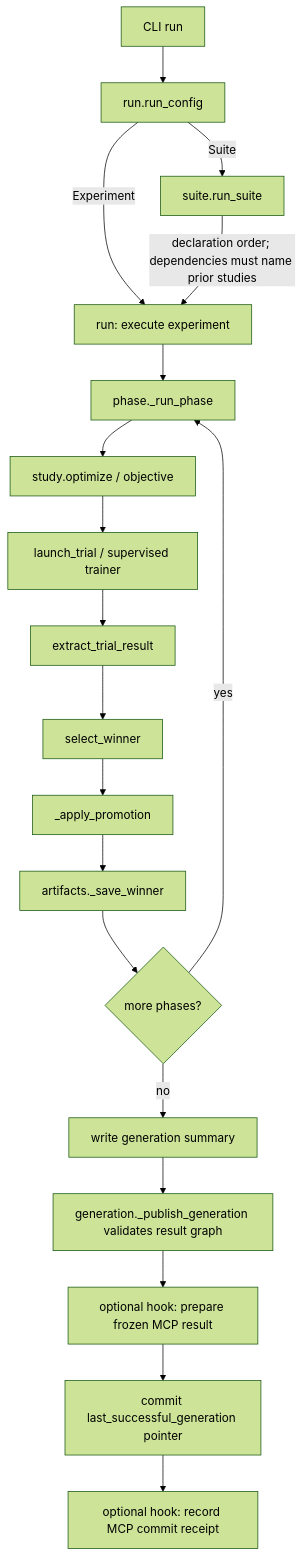
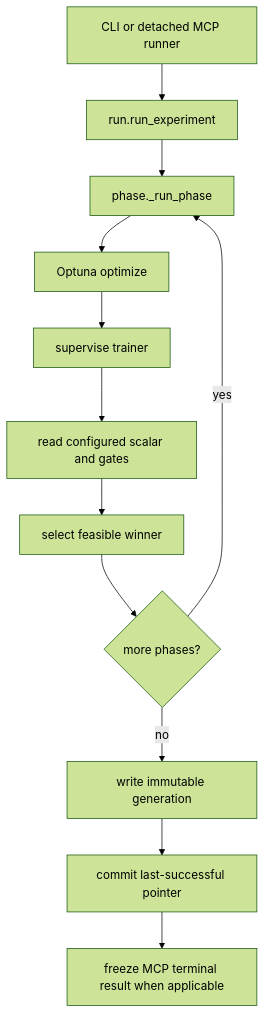
One commit to pszemraj/phasesweep changed the diagram in docs/development.md. Above: the diagram before and after it, drawn with Mermaid (forest theme). The commit also changed other lines of this file and 96 other files, not shown here.

````diff
--- a/docs/development.md
+++ b/docs/development.md
@@ -62,21 +121,14 @@
 ```mermaid
 flowchart TD
-    cli["CLI run"] --> dispatch["run.run_config"]
-    dispatch -->|Experiment| experiment["run: execute experiment"]
-    dispatch -->|Suite| suite["suite.run_suite"]
-    suite -->|"declaration order; dependencies must name prior studies"| experiment
-    experiment --> phase["phase._run_phase"]
-    phase --> optimize["study.optimize / objective"]
-    optimize --> launch["launch_trial / supervised trainer"]
-    launch --> evidence["extract_trial_result"]
-    evidence --> select["select_winner"]
-    select --> promote["_apply_promotion"]
-    promote --> winner["artifacts._save_winner"]
-    winner --> more{"more phases?"}
-    more -->|yes| phase
-    more -->|no| summary["write generation summary"]
-    summary --> publish["generation._publish_generation validates result graph"]
-    publish --> sidecar["optional hook: prepare frozen MCP result"]
-    sidecar --> pointer["commit last_successful_generation pointer"]
-    pointer --> receipt["optional hook: record MCP commit receipt"]
+    cli["CLI or detached MCP runner"] --> run["run.run_experiment"]
+    run --> phase["phase._run_phase"]
+    phase --> optimize["Optuna optimize"]
+    optimize --> launch["supervise trainer"]
+    launch --> evidence["read configured scalar and gates"]
+    evidence --> select["select feasible winner"]
+    select --> next{"more phases?"}
+    next -->|yes| phase
+    next -->|no| generation["write immutable generation"]
+    generation --> pointer["commit last-successful pointer"]
+    pointer --> snapshot["freeze MCP terminal result when applicable"]
 ```
````
